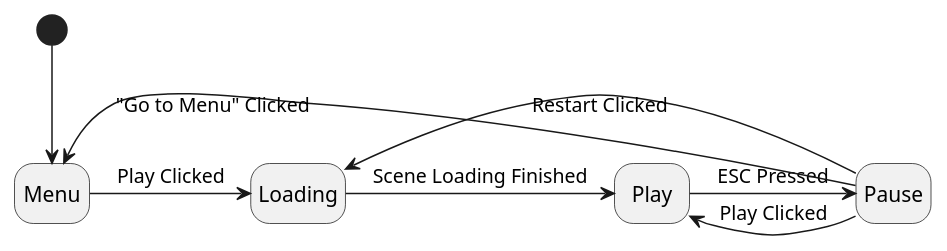
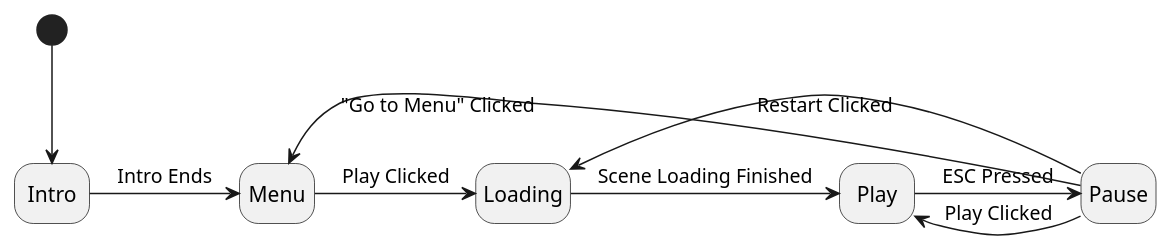
Before and after one commit to jesustorresdev/quarto-lecture-notes-format: the diagram in content/arquitectura/main.adoc, drawn with PlantUML. The commit also changed other lines of this file and 18 other files, not shown here.

```diff
--- a/content/arquitectura/main.adoc
+++ b/content/arquitectura/main.adoc
@@ -442,11 +670,12 @@
 [plantuml, format="svg"]
 ----
 hide empty description
-[*] --> Menu
+[*] --> Intro
+Intro -> Menu : Intro Ends
 Menu -> Loading : Play Clicked
 Loading -> Play : Scene Loading Finished
 Play -> Pause : ESC Pressed
 Pause -> Play : Play Clicked
 Pause -> Loading : Restart Clicked
 Pause -> Menu : "Go to Menu" Clicked
 ----
```
